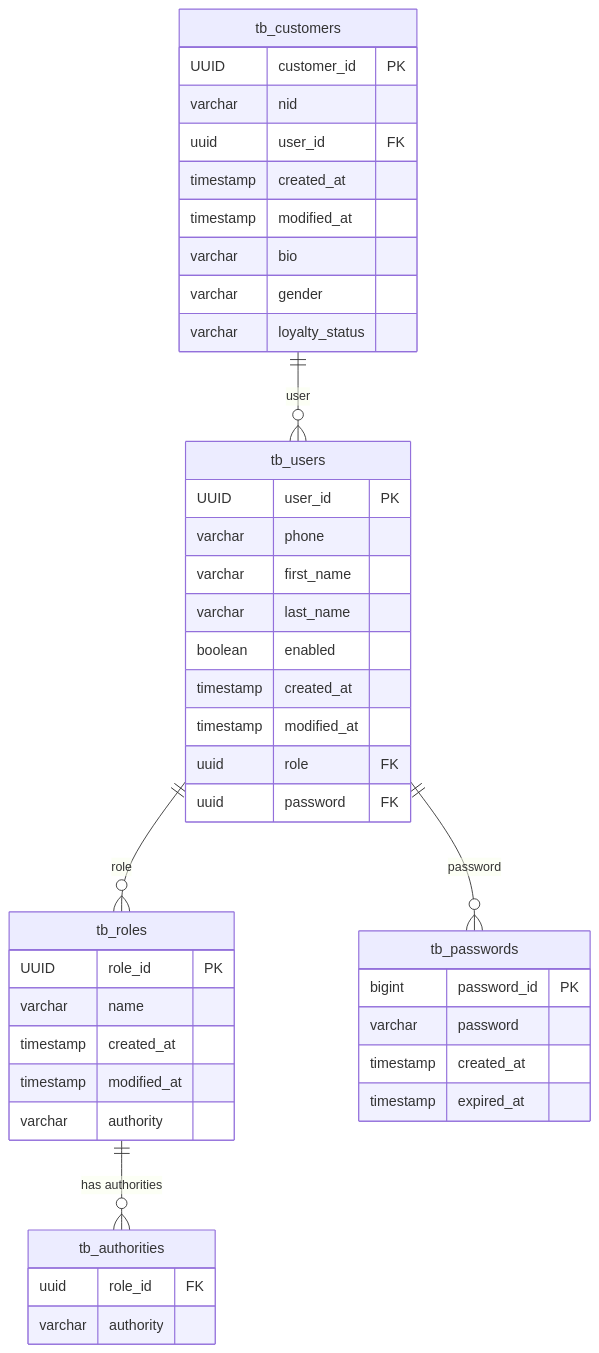
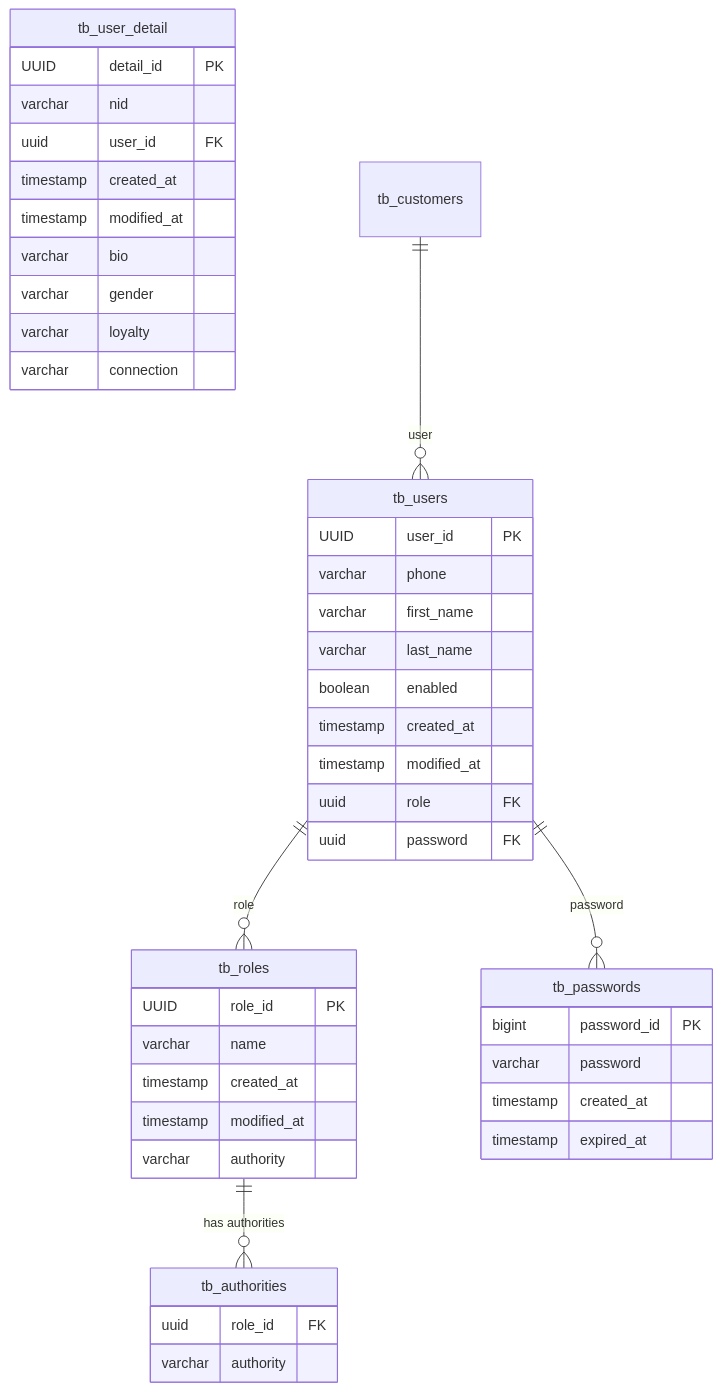
The diagram in diagrams/V1.0.0/db_users_er_diagram.mermaid (Hamsaye-Startup/Backend), drawn with Mermaid before and after one commit. The commit also changed 2 other files, not shown here.

Commit message:
document is updated :: report diagram is added

```diff
--- a/diagrams/V1.0.0/db_users_er_diagram.mermaid
+++ b/diagrams/V1.0.0/db_users_er_diagram.mermaid
@@ -1,49 +1,50 @@
 erDiagram
     tb_users {
         UUID user_id PK
         varchar phone
         varchar first_name
         varchar last_name
         boolean enabled
         timestamp created_at
         timestamp modified_at
         uuid role FK
         uuid password FK
     }
 
     tb_roles {
         UUID role_id PK
         varchar name
         timestamp created_at
         timestamp modified_at
         varchar authority
     }
 
     tb_passwords {
         bigint password_id PK
         varchar password
         timestamp created_at
         timestamp expired_at
     }
 
-    tb_customers {
-        UUID customer_id PK
+    tb_user_detail {
+        UUID detail_id PK
         varchar nid
         uuid user_id FK
         timestamp created_at
         timestamp modified_at
         varchar bio
         varchar gender
-        varchar loyalty_status
+        varchar loyalty
+        varchar connection
     }
 
     tb_authorities {
         uuid role_id FK
         varchar authority
     }
 
     %% Relationships
     tb_users ||--o{ tb_roles : "role"
     tb_users ||--o{ tb_passwords : "password"
     tb_customers ||--o{ tb_users : "user"
     tb_roles ||--o{ tb_authorities : "has authorities"
```
